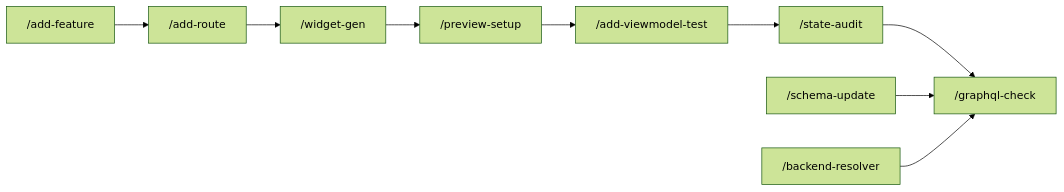
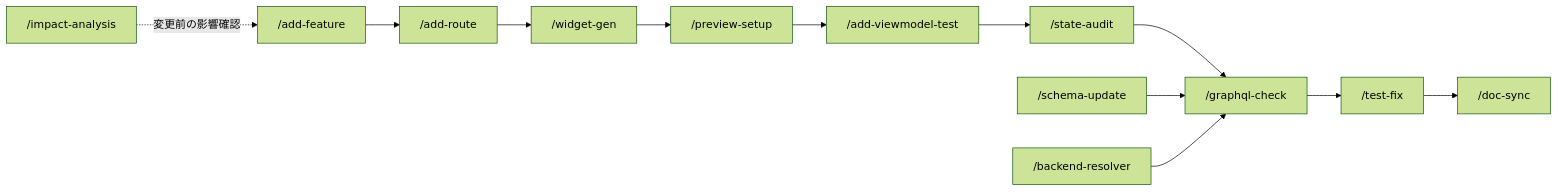
The second of 5 diagrams in README.md (fumiyasac/travel_booking), drawn with Mermaid (forest theme) before and after one commit. The commit also changed other lines of this file and 7 other files, not shown here.

````diff
--- a/README.md
+++ b/README.md
@@ -595,11 +597,14 @@
 ```mermaid
 graph LR
+  IA["/impact-analysis"] -.->|"変更前の影響確認"| AF
   AF["/add-feature"] --> AR["/add-route"]
   AR --> WG["/widget-gen"]
   WG --> PS["/preview-setup"]
   PS --> AVT["/add-viewmodel-test"]
   AVT --> SA["/state-audit"]
   SA --> GC["/graphql-check"]
   SU["/schema-update"] --> GC
   BR["/backend-resolver"] --> GC
+  GC --> TF["/test-fix"]
+  TF --> DS["/doc-sync"]
 ```
````
